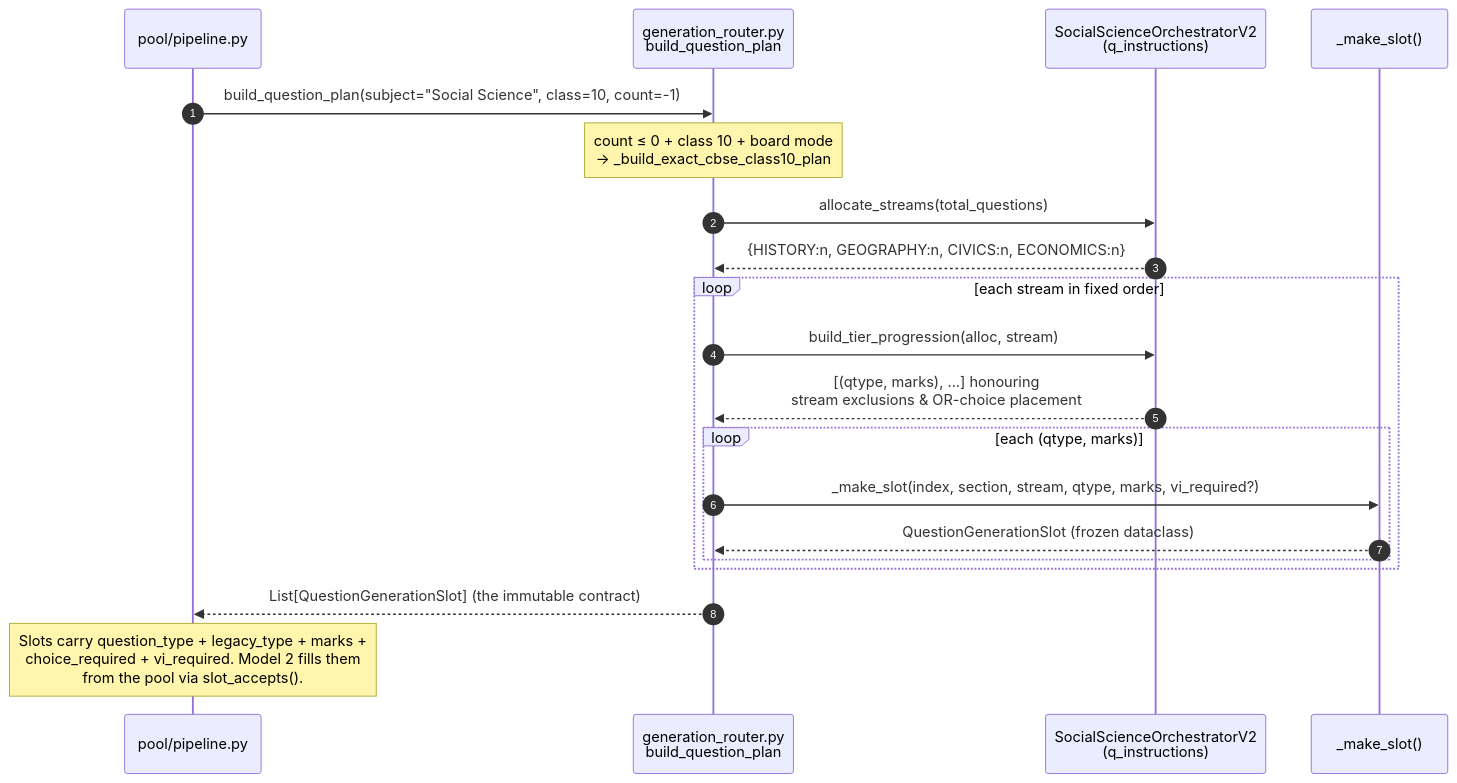
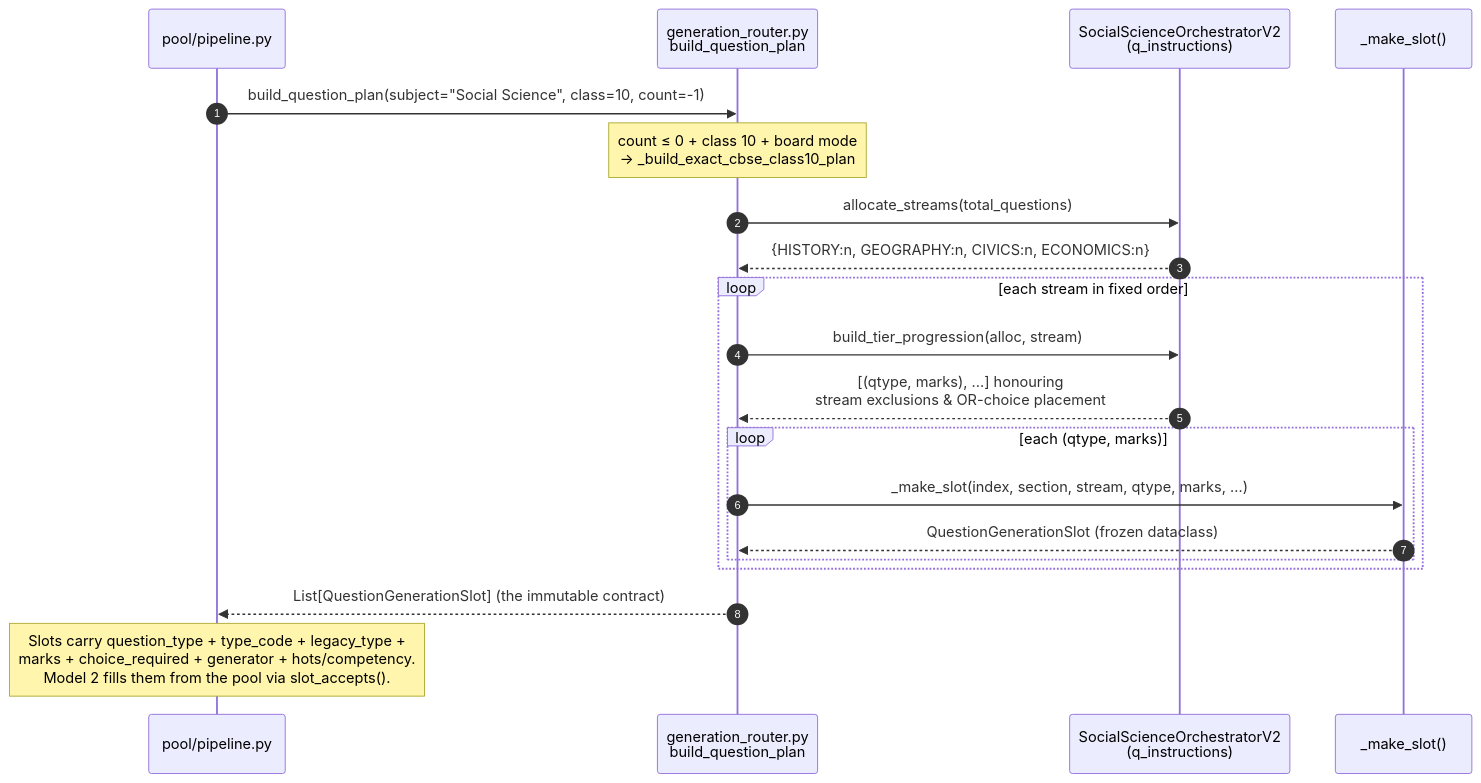
Before and after one commit to Paardhu22/qp-gen: the third of 16 diagrams in README.md, drawn with Mermaid. The commit also changed other lines of this file, not shown here.

````diff
--- a/README.md
+++ b/README.md
@@ -213,23 +259,23 @@
 ```mermaid
 sequenceDiagram
     autonumber
     participant P as pool/pipeline.py
     participant R as generation_router.py<br/>build_question_plan
     participant O as SocialScienceOrchestratorV2<br/>(q_instructions)
     participant SLOT as _make_slot()
 
     P->>R: build_question_plan(subject="Social Science", class=10, count=-1)
     Note over R: count ≤ 0 + class 10 + board mode<br/>→ _build_exact_cbse_class10_plan
     R->>O: allocate_streams(total_questions)
     O-->>R: {HISTORY:n, GEOGRAPHY:n, CIVICS:n, ECONOMICS:n}
     loop each stream in fixed order
         R->>O: build_tier_progression(alloc, stream)
         O-->>R: [(qtype, marks), ...] honouring<br/>stream exclusions & OR-choice placement
         loop each (qtype, marks)
-            R->>SLOT: _make_slot(index, section, stream, qtype, marks, vi_required?)
+            R->>SLOT: _make_slot(index, section, stream, qtype, marks, ...)
             SLOT-->>R: QuestionGenerationSlot (frozen dataclass)
         end
     end
     R-->>P: List[QuestionGenerationSlot]  (the immutable contract)
-    Note over P: Slots carry question_type + legacy_type + marks +<br/>choice_required + vi_required. Model 2 fills them<br/>from the pool via slot_accepts().
+    Note over P: Slots carry question_type + type_code + legacy_type +<br/>marks + choice_required + generator + hots/competency.<br/>Model 2 fills them from the pool via slot_accepts().
 ```
````
